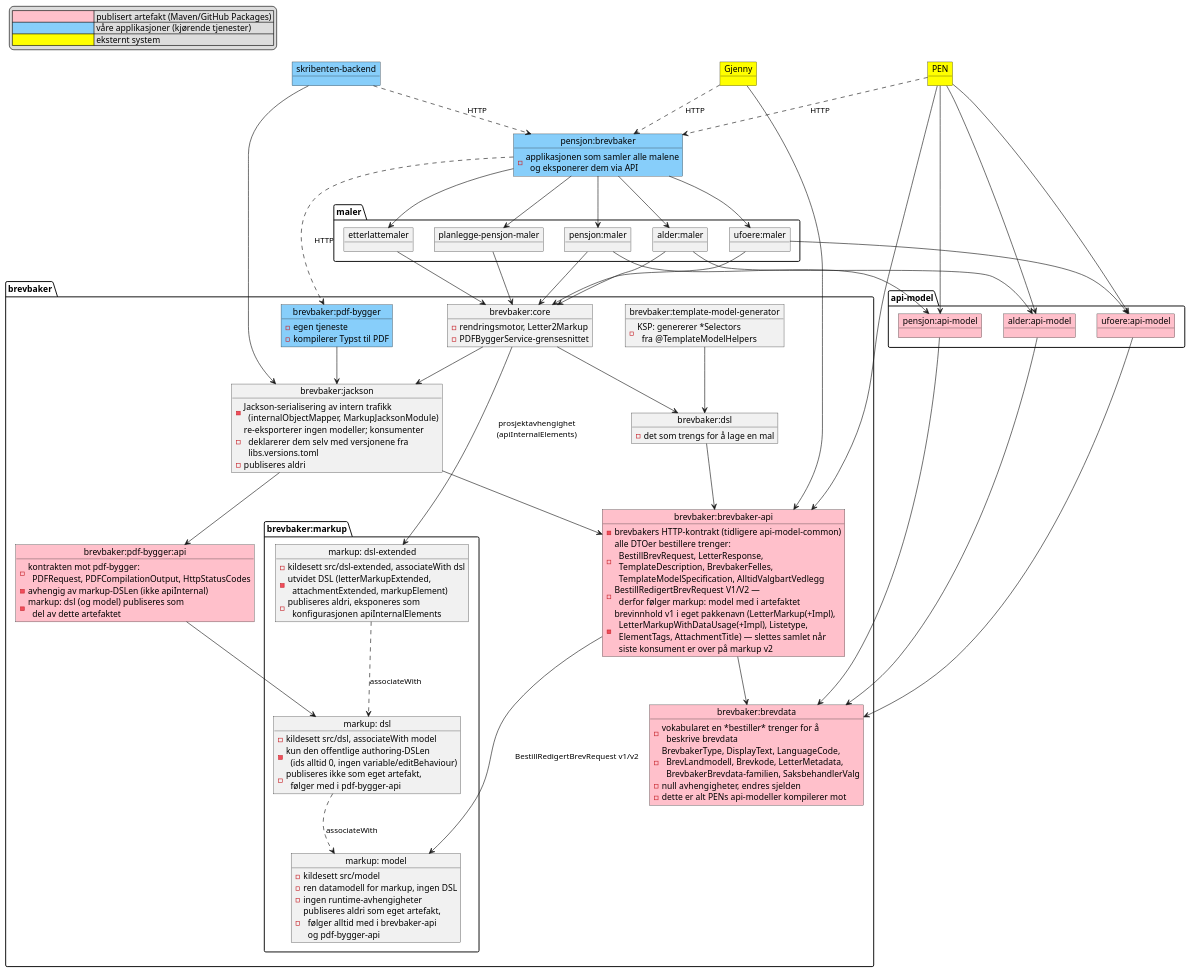
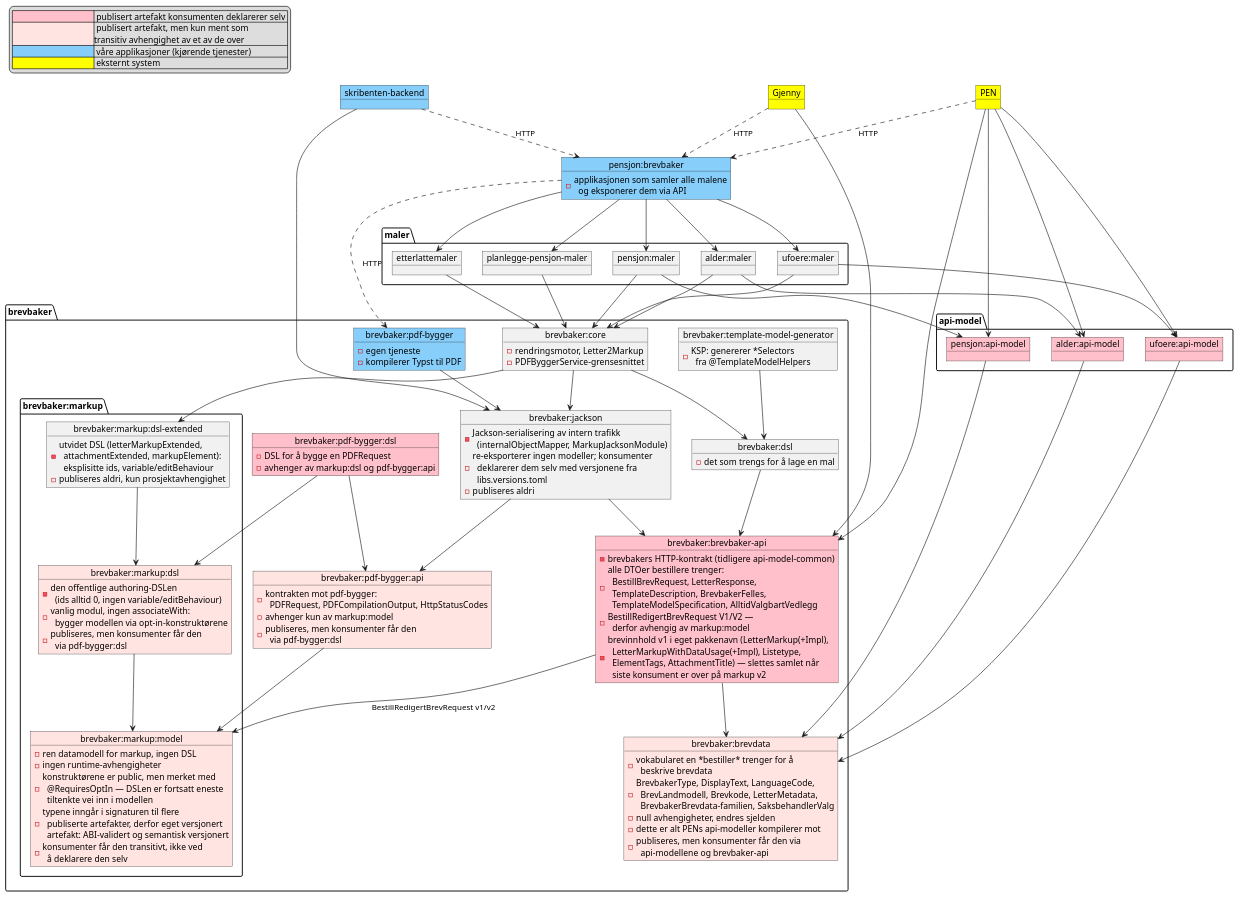
The diagram in docs/modules/ROOT/examples/moduldiagram.puml (navikt/pensjonsbrev), drawn with PlantUML before and after one commit.

```diff
--- a/docs/modules/ROOT/examples/moduldiagram.puml
+++ b/docs/modules/ROOT/examples/moduldiagram.puml
@@ -1,137 +1,145 @@
 @startuml
 
 legend top left
-  |<#pink><color:#pink>WWWWWWWWWW</color> | publisert artefakt (Maven/GitHub Packages) |
+  |<#pink><color:#pink>WWWWWWWWWW</color> | publisert artefakt konsumenten deklarerer selv |
+  |<#mistyrose><color:#mistyrose>WWWWWWWWWW</color> | publisert artefakt, men kun ment som\ntransitiv avhengighet av et av de over |
   |<#lightskyblue><color:#lightskyblue>WWWWWWWWWW</color> | våre applikasjoner (kjørende tjenester) |
   |<#yellow><color:#yellow>WWWWWWWWWW</color> | eksternt system |
 endlegend
 
 package "brevbaker" {
 
-  object "brevbaker:brevdata" as brevdata #pink
+  object "brevbaker:brevdata" as brevdata #mistyrose
   brevdata : - vokabularet en *bestiller* trenger for å\n  beskrive brevdata
   brevdata : - BrevbakerType, DisplayText, LanguageCode,\n  BrevLandmodell, Brevkode, LetterMetadata,\n  BrevbakerBrevdata-familien, SaksbehandlerValg
   brevdata : - null avhengigheter, endres sjelden
   brevdata : - dette er alt PENs api-modeller kompilerer mot
+  brevdata : - publiseres, men konsumenter får den via\n  api-modellene og brevbaker-api
 
   object "brevbaker:brevbaker-api" as brevbakerapi #pink
   brevbakerapi : - brevbakers HTTP-kontrakt (tidligere api-model-common)
   brevbakerapi : - alle DTOer bestillere trenger:\n  BestillBrevRequest, LetterResponse,\n  TemplateDescription, BrevbakerFelles,\n  TemplateModelSpecification, AlltidValgbartVedlegg
-  brevbakerapi : - BestillRedigertBrevRequest V1/V2 —\n  derfor følger markup: model med i artefaktet
+  brevbakerapi : - BestillRedigertBrevRequest V1/V2 —\n  derfor avhengig av markup:model
   brevbakerapi : - brevinnhold v1 i eget pakkenavn (LetterMarkup(+Impl),\n  LetterMarkupWithDataUsage(+Impl), Listetype,\n  ElementTags, AttachmentTitle) — slettes samlet når\n  siste konsument er over på markup v2
 
   package "brevbaker:markup" {
-    object "markup: model" as markupModel
-    markupModel : - kildesett src/model
+    object "brevbaker:markup:model" as markupModel #mistyrose
     markupModel : - ren datamodell for markup, ingen DSL
     markupModel : - ingen runtime-avhengigheter
-    markupModel : - publiseres aldri som eget artefakt,\n  følger alltid med i brevbaker-api\n  og pdf-bygger-api
+    markupModel : - konstruktørene er public, men merket med\n  @RequiresOptIn — DSLen er fortsatt eneste\n  tiltenkte vei inn i modellen
+    markupModel : - typene inngår i signaturen til flere\n  publiserte artefakter, derfor eget versjonert\n  artefakt: ABI-validert og semantisk versjonert
+    markupModel : - konsumenter får den transitivt, ikke ved\n  å deklarere den selv
 
-    object "markup: dsl" as markup
-    markup : - kildesett src/dsl, associateWith model
-    markup : - kun den offentlige authoring-DSLen\n  (ids alltid 0, ingen variable/editBehaviour)
-    markup : - publiseres ikke som eget artefakt,\n  følger med i pdf-bygger-api
+    object "brevbaker:markup:dsl" as markupDsl #mistyrose
+    markupDsl : - den offentlige authoring-DSLen\n  (ids alltid 0, ingen variable/editBehaviour)
+    markupDsl : - vanlig modul, ingen associateWith:\n  bygger modellen via opt-in-konstruktørene
+    markupDsl : - publiseres, men konsumenter får den\n  via pdf-bygger:dsl
 
-    object "markup: dsl-extended" as markupInternal
-    markupInternal : - kildesett src/dsl-extended, associateWith dsl
-    markupInternal : - utvidet DSL (letterMarkupExtended,\n  attachmentExtended, markupElement)
-    markupInternal : - publiseres aldri, eksponeres som\n  konfigurasjonen apiInternalElements
+    object "brevbaker:markup:dsl-extended" as markupDslExtended
+    markupDslExtended : - utvidet DSL (letterMarkupExtended,\n  attachmentExtended, markupElement):\n  eksplisitte ids, variable/editBehaviour
+    markupDslExtended : - publiseres aldri, kun prosjektavhengighet
   }
 
   object "brevbaker:jackson" as jackson
   jackson : - Jackson-serialisering av intern trafikk\n  (internalObjectMapper, MarkupJacksonModule)
   jackson : - re-eksporterer ingen modeller; konsumenter\n  deklarerer dem selv med versjonene fra\n  libs.versions.toml
   jackson : - publiseres aldri
 
   object "brevbaker:dsl" as dsl
   dsl : - det som trengs for å lage en mal
 
   object "brevbaker:core" as core
   core : - rendringsmotor, Letter2Markup
   core : - PDFByggerService-grensesnittet
 
   object "brevbaker:template-model-generator" as tmg
   tmg : - KSP: genererer *Selectors\n  fra @TemplateModelHelpers
 
-  object "brevbaker:pdf-bygger:api" as pdfbyggerApi #pink
+  object "brevbaker:pdf-bygger:api" as pdfbyggerApi #mistyrose
   pdfbyggerApi : - kontrakten mot pdf-bygger:\n  PDFRequest, PDFCompilationOutput, HttpStatusCodes
-  pdfbyggerApi : - avhengig av markup-DSLen (ikke apiInternal)
-  pdfbyggerApi : - markup: dsl (og model) publiseres som\n  del av dette artefaktet
+  pdfbyggerApi : - avhenger kun av markup:model
+  pdfbyggerApi : - publiseres, men konsumenter får den\n  via pdf-bygger:dsl
+
+  object "brevbaker:pdf-bygger:dsl" as pdfbyggerDsl #pink
+  pdfbyggerDsl : - DSL for å bygge en PDFRequest
+  pdfbyggerDsl : - avhenger av markup:dsl og pdf-bygger:api
 
   object "brevbaker:pdf-bygger" as pdfbygger #lightskyblue
   pdfbygger : - egen tjeneste
   pdfbygger : - kompilerer Typst til PDF
 }
 
 package "maler" {
   object "pensjon:maler" as pensjonsmalene
   object "alder:maler" as aldersmalene
   object "ufoere:maler" as ufoeremalene
   object "etterlattemaler" as etterlatte
   object "planlegge-pensjon-maler" as planlegge
 }
 
 package "api-model" {
   object "pensjon:api-model" as pensjonapimodel #pink
   object "alder:api-model" as alderapimodel #pink
   object "ufoere:api-model" as ufoereapimodel #pink
 }
 
 object "pensjon:brevbaker" as brevbakerApp #lightskyblue
 brevbakerApp : - applikasjonen som samler alle malene\n  og eksponerer dem via API
 
 object "skribenten-backend" as skribenten #lightskyblue
 object PEN #yellow
 object Gjenny #yellow
 
 ' brevbaker-modulene
-markup ..> markupModel : associateWith
-markupInternal ..> markup : associateWith
+markupDsl --> markupModel
+markupDslExtended --> markupDsl
 brevbakerapi --> brevdata
 brevbakerapi --> markupModel : BestillRedigertBrevRequest v1/v2
-pdfbyggerApi --> markup
+pdfbyggerApi --> markupModel
+pdfbyggerDsl --> markupDsl
+pdfbyggerDsl --> pdfbyggerApi
 jackson --> brevbakerapi
 jackson --> pdfbyggerApi
 dsl --> brevbakerapi
 core --> dsl
 core --> jackson
-core --> markupInternal : prosjektavhengighet\n(apiInternalElements)
+core --> markupDslExtended
 tmg --> dsl
 pdfbygger --> jackson
 
 ' malmoduler
 pensjonsmalene --> core
 aldersmalene --> core
 ufoeremalene --> core
 etterlatte --> core
 planlegge --> core
 
 pensjonsmalene --> pensjonapimodel
 aldersmalene --> alderapimodel
 ufoeremalene --> ufoereapimodel
 
 pensjonapimodel --> brevdata
 alderapimodel --> brevdata
 ufoereapimodel --> brevdata
 
 ' applikasjonen
 brevbakerApp --> pensjonsmalene
 brevbakerApp --> aldersmalene
 brevbakerApp --> ufoeremalene
 brevbakerApp --> etterlatte
 brevbakerApp --> planlegge
 brevbakerApp ..> pdfbygger : HTTP
 PEN ..> brevbakerApp : HTTP
 Gjenny ..> brevbakerApp : HTTP
 skribenten ..> brevbakerApp : HTTP
 
 
 ' konsumenter
 skribenten --> jackson
 PEN --> pensjonapimodel
 PEN --> alderapimodel
 PEN --> ufoereapimodel
 PEN --> brevbakerapi
 Gjenny --> brevbakerapi
 
 @enduml
```
